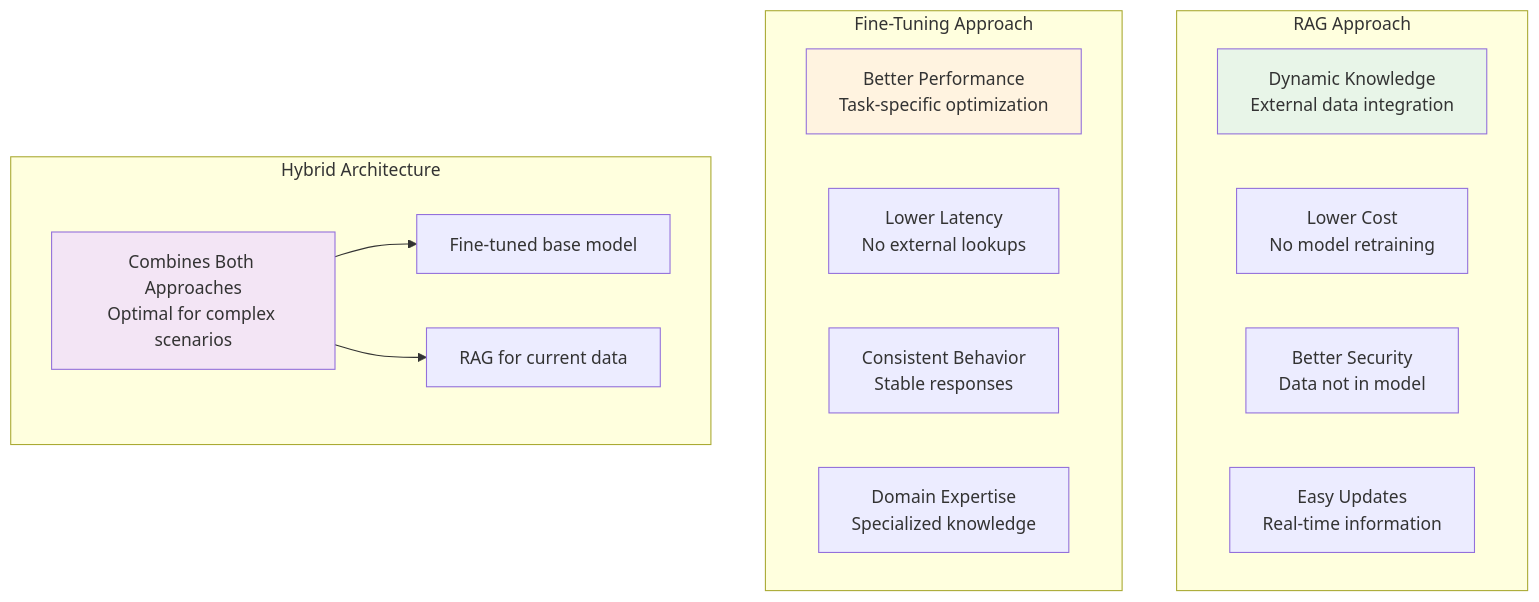
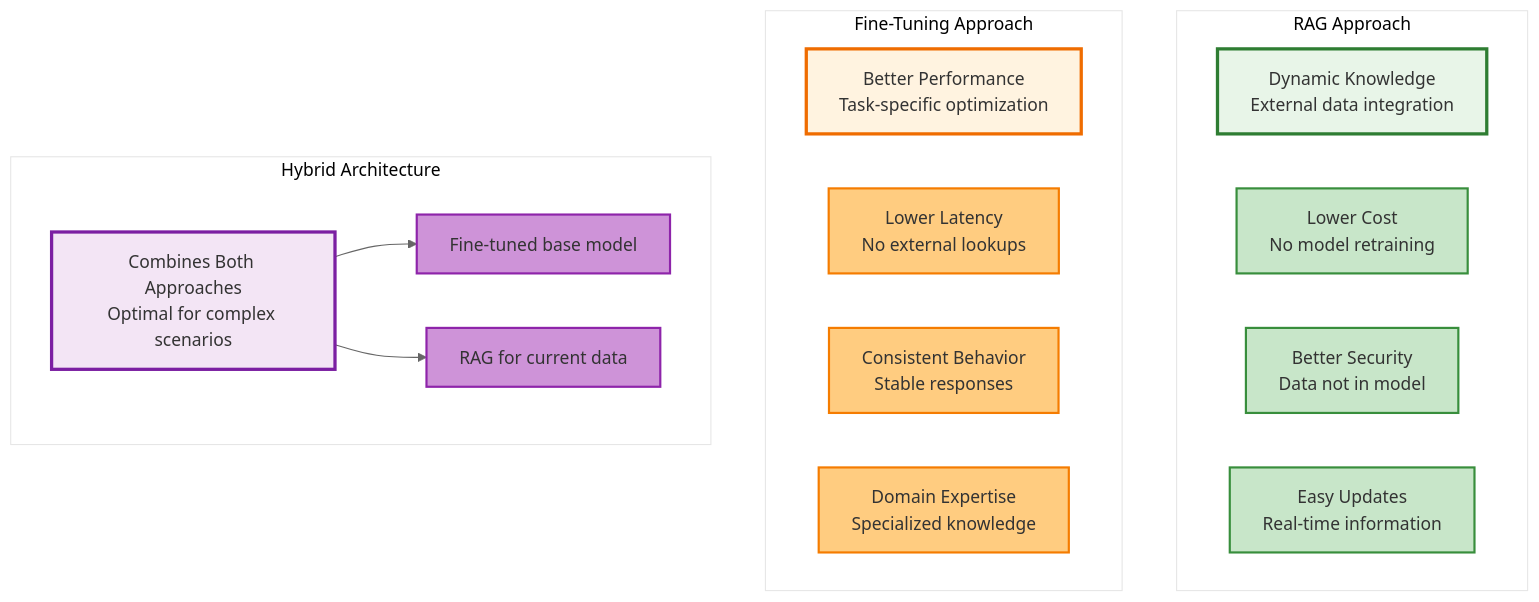
The eighth of 28 diagrams in llm_ai/ai_concepts_visualizations.md (kishorekkota/kishorekkota.github.io), drawn with Mermaid before and after one commit. The commit also changed other lines of this file and 5 other files, not shown here.

First line of the commit message:
Enhance Mermaid diagrams and fix syntax errors

````diff
--- a/llm_ai/ai_concepts_visualizations.md
+++ b/llm_ai/ai_concepts_visualizations.md
@@ -288,28 +384,37 @@
 ```mermaid
+%%{init: {'theme':'base', 'themeVariables': { 'primaryColor': '#ffffff', 'primaryTextColor': '#333333', 'primaryBorderColor': '#cccccc', 'lineColor': '#666666'}}}%%
 graph TB
-    subgraph "RAG Approach"
+    subgraph SG1 ["RAG Approach"]
         RD[Dynamic Knowledge<br/>External data integration]
         RC[Lower Cost<br/>No model retraining]
         RS[Better Security<br/>Data not in model]
         RU[Easy Updates<br/>Real-time information]
     end
     
-    subgraph "Fine-Tuning Approach"
+    subgraph SG2 ["Fine-Tuning Approach"]
         FP[Better Performance<br/>Task-specific optimization]
         FL[Lower Latency<br/>No external lookups]
         FC[Consistent Behavior<br/>Stable responses]
         FD[Domain Expertise<br/>Specialized knowledge]
     end
     
-    subgraph "Hybrid Architecture"
+    subgraph SG3 ["Hybrid Architecture"]
         H[Combines Both Approaches<br/>Optimal for complex scenarios]
         HFT[Fine-tuned base model]
         HRAG[RAG for current data]
         H --> HFT
         H --> HRAG
     end
     
-    style RD fill:#e8f5e8
-    style FP fill:#fff3e0
-    style H fill:#f3e5f5
+    style RD fill:#e8f5e8,stroke:#2e7d32,stroke-width:3px
+    style FP fill:#fff3e0,stroke:#ef6c00,stroke-width:3px
+    style H fill:#f3e5f5,stroke:#7b1fa2,stroke-width:3px
+    style RC fill:#c8e6c9,stroke:#388e3c,stroke-width:2px
+    style RS fill:#c8e6c9,stroke:#388e3c,stroke-width:2px
+    style RU fill:#c8e6c9,stroke:#388e3c,stroke-width:2px
+    style FL fill:#ffcc80,stroke:#f57c00,stroke-width:2px
+    style FC fill:#ffcc80,stroke:#f57c00,stroke-width:2px
+    style FD fill:#ffcc80,stroke:#f57c00,stroke-width:2px
+    style HFT fill:#ce93d8,stroke:#8e24aa,stroke-width:2px
+    style HRAG fill:#ce93d8,stroke:#8e24aa,stroke-width:2px
 ```
````
